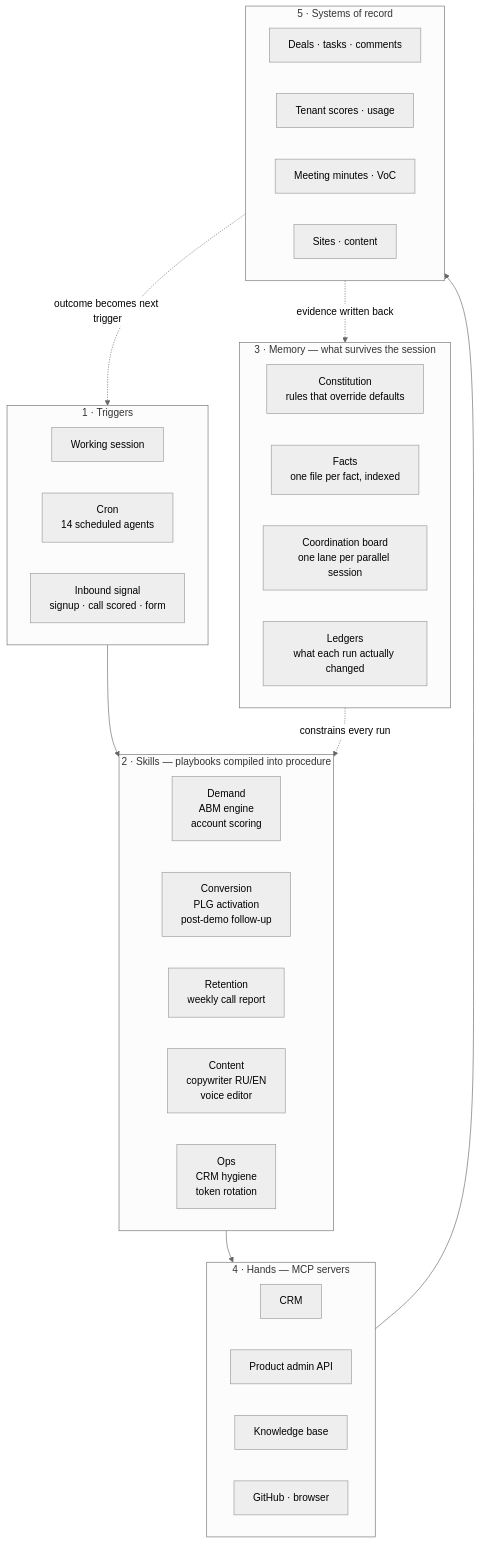
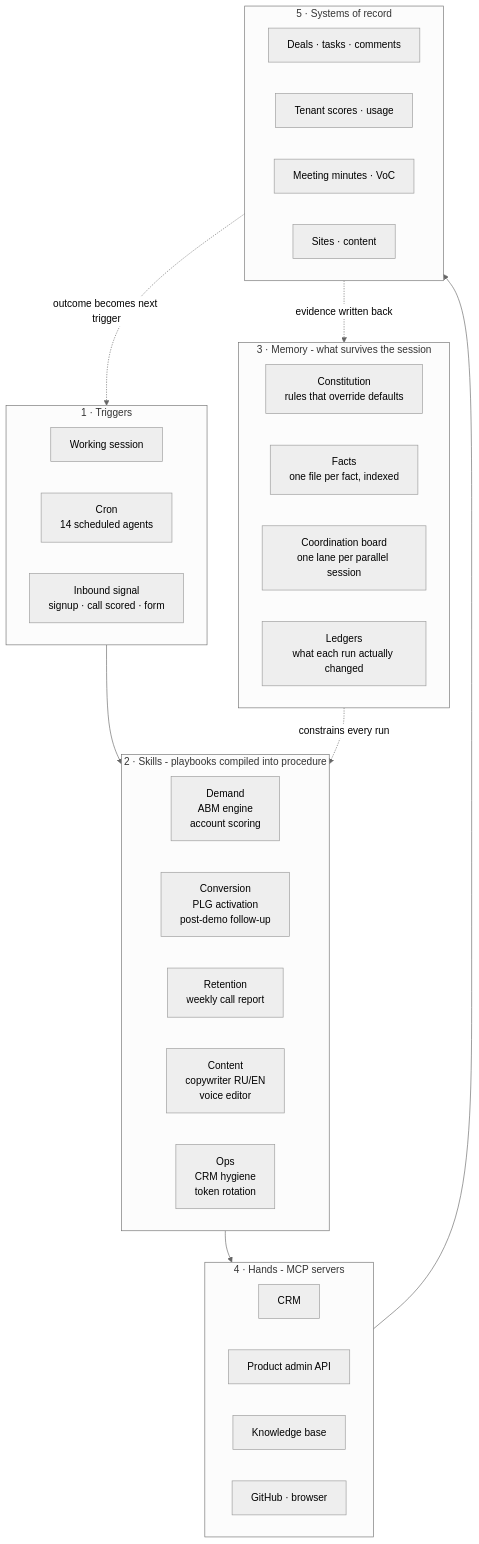
The diagram in README.md (romanmagdalenko/claude-gtm-skills), drawn with Mermaid (neutral theme) before and after one commit. The commit also changed other lines of this file and 2 other files, not shown here.

````diff
--- a/README.md
+++ b/README.md
@@ -9,49 +9,49 @@
 ```mermaid
 flowchart TB
     subgraph TRIG["1 · Triggers"]
         direction LR
         T1["Working session"]
         T2["Cron<br/>14 scheduled agents"]
         T3["Inbound signal<br/>signup · call scored · form"]
     end
 
-    subgraph SKILL["2 · Skills — playbooks compiled into procedure"]
+    subgraph SKILL["2 · Skills - playbooks compiled into procedure"]
         direction LR
         S1["Demand<br/>ABM engine<br/>account scoring"]
         S2["Conversion<br/>PLG activation<br/>post-demo follow-up"]
         S3["Retention<br/>weekly call report"]
         S4["Content<br/>copywriter RU/EN<br/>voice editor"]
         S5["Ops<br/>CRM hygiene<br/>token rotation"]
     end
 
-    subgraph MEM["3 · Memory — what survives the session"]
+    subgraph MEM["3 · Memory - what survives the session"]
         direction LR
         M1["Constitution<br/>rules that override defaults"]
         M2["Facts<br/>one file per fact, indexed"]
         M3["Coordination board<br/>one lane per parallel session"]
         M4["Ledgers<br/>what each run actually changed"]
     end
 
-    subgraph HAND["4 · Hands — MCP servers"]
+    subgraph HAND["4 · Hands - MCP servers"]
         direction LR
         H1["CRM"]
         H2["Product admin API"]
         H3["Knowledge base"]
         H4["GitHub · browser"]
     end
 
     subgraph SOR["5 · Systems of record"]
         direction LR
         R1["Deals · tasks · comments"]
         R2["Tenant scores · usage"]
         R3["Meeting minutes · VoC"]
         R4["Sites · content"]
     end
 
     TRIG --> SKILL
     SKILL --> HAND
     HAND --> SOR
     MEM -.->|"constrains every run"| SKILL
     SOR -.->|"evidence written back"| MEM
     SOR -.->|"outcome becomes next trigger"| TRIG
 ```
````
